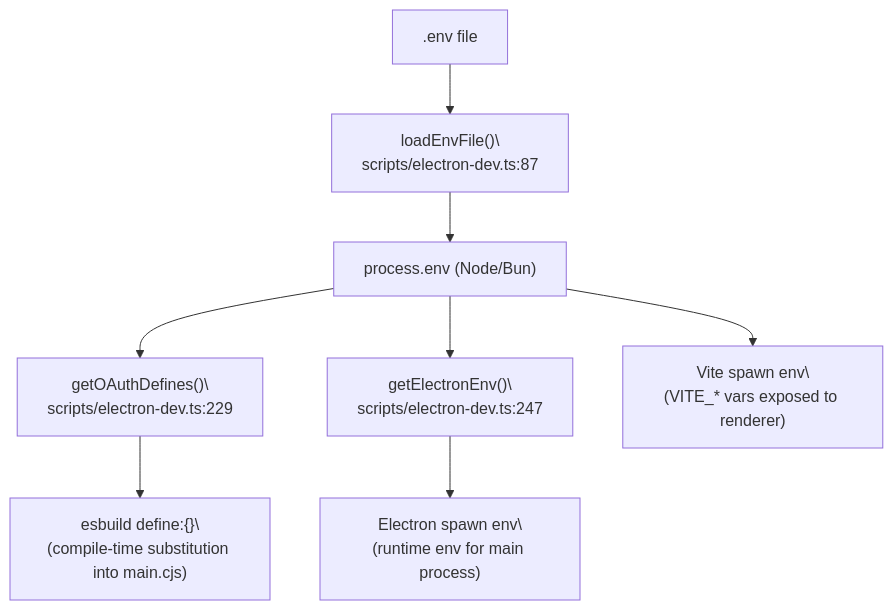
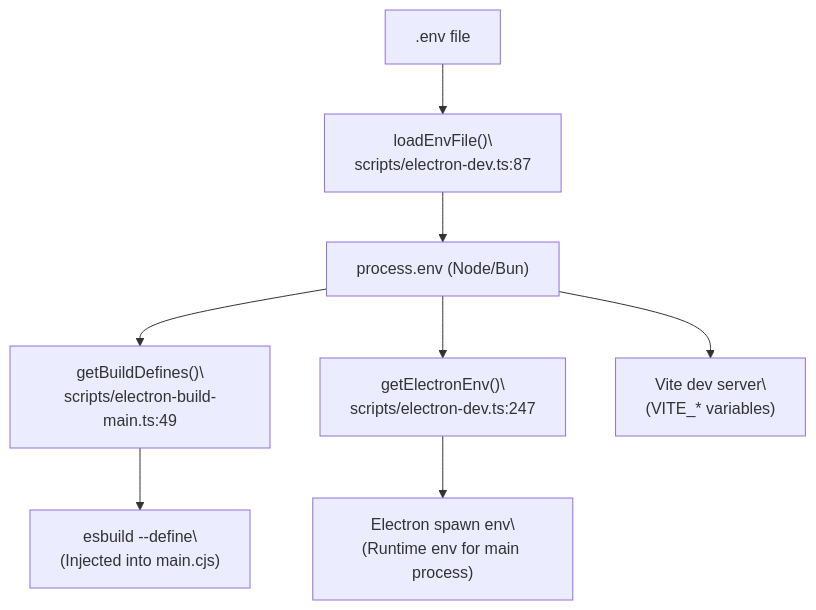
Before and after one commit to blackcater/zentree: the third of 3 diagrams in docs/lukilabs_craft-agents-oss/development-guide/development-setup.md, drawn with Mermaid. The commit also changed other lines of this file and 232 other files, not shown here.

````diff
--- a/docs/lukilabs_craft-agents-oss/development-guide/development-setup.md
+++ b/docs/lukilabs_craft-agents-oss/development-guide/development-setup.md
@@ -211,16 +210,16 @@
 ```mermaid
 flowchart TD
   ENV[".env file"] --> LF["loadEnvFile()\
 scripts/electron-dev.ts:87"]
   LF --> PEnv["process.env (Node/Bun)"]
-  PEnv --> OD["getOAuthDefines()\
-scripts/electron-dev.ts:229"]
-  OD --> ESB["esbuild define:{}\
-(compile-time substitution into main.cjs)"]
+  PEnv --> GBD["getBuildDefines()\
+scripts/electron-build-main.ts:49"]
+  GBD --> ESB["esbuild --define\
+(Injected into main.cjs)"]
   PEnv --> GEE["getElectronEnv()\
 scripts/electron-dev.ts:247"]
   GEE --> EP["Electron spawn env\
-(runtime env for main process)"]
-  PEnv --> ViteEnv["Vite spawn env\
-(VITE_* vars exposed to renderer)"]
+(Runtime env for main process)"]
+  PEnv --> ViteEnv["Vite dev server\
+(VITE_* variables)"]
 ```
````
